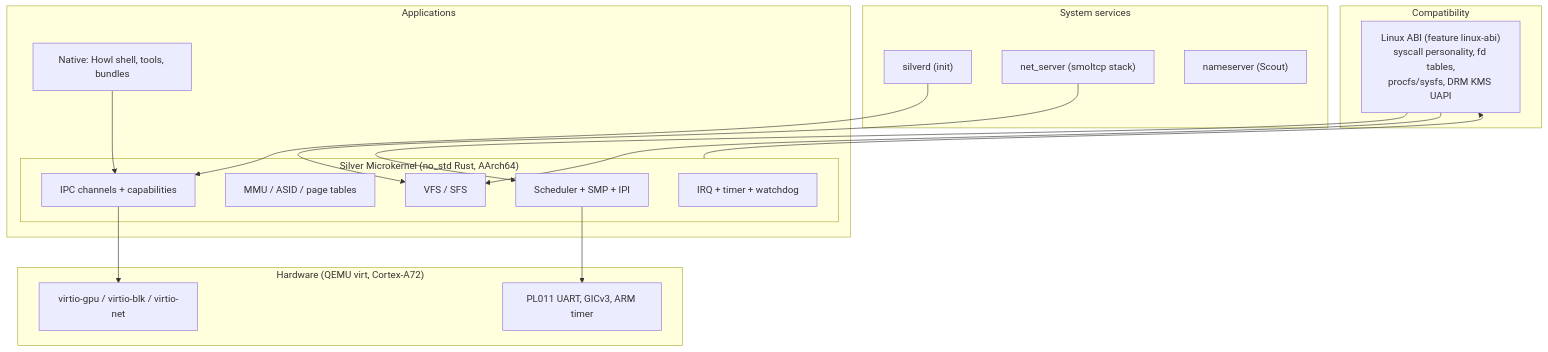
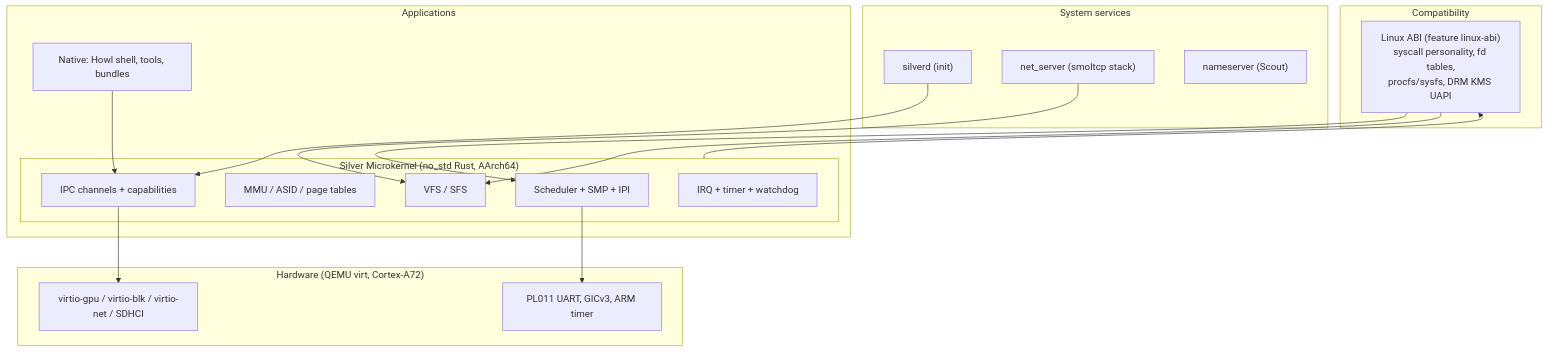
One commit to vvirei333/Silver-microkernel changed the diagram in docs/ARCHITECTURE.md. Above: the diagram before and after it, drawn with Mermaid. The commit also changed other lines of this file and 19 other files, not shown here.

````diff
--- a/docs/ARCHITECTURE.md
+++ b/docs/ARCHITECTURE.md
@@ -28,33 +28,33 @@
 ```mermaid
 graph TB
     subgraph L4["Applications"]
         N1["Native: Howl shell, tools, bundles"]
         L1["Linux: deniald, GTK/GLib apps, Debian tools"]
     end
     subgraph L3["System services"]
         S1["silverd (init)"]
         S2["net_server (smoltcp stack)"]
         S3["nameserver (Scout)"]
     end
     subgraph L2["Compatibility"]
         A1["Linux ABI (feature linux-abi)<br/>syscall personality, fd tables,<br/>procfs/sysfs, DRM KMS UAPI"]
     end
     subgraph L1["Silver Microkernel (no_std Rust, AArch64)"]
         K1["Scheduler + SMP + IPI"]
         K2["MMU / ASID / page tables"]
         K3["IPC channels + capabilities"]
         K4["VFS / SFS"]
         K5["IRQ + timer + watchdog"]
     end
     subgraph L0["Hardware (QEMU virt, Cortex-A72)"]
-        H1["virtio-gpu / virtio-blk / virtio-net"]
+        H1["virtio-gpu / virtio-blk / virtio-net / SDHCI"]
         H2["PL011 UART, GICv3, ARM timer"]
     end
     N1 --> K3
     L1 --> A1 --> K1
     S1 --> K3
     S2 --> K4
     A1 --> K4
     K1 --> H2
     K3 --> H1
 ```
````
